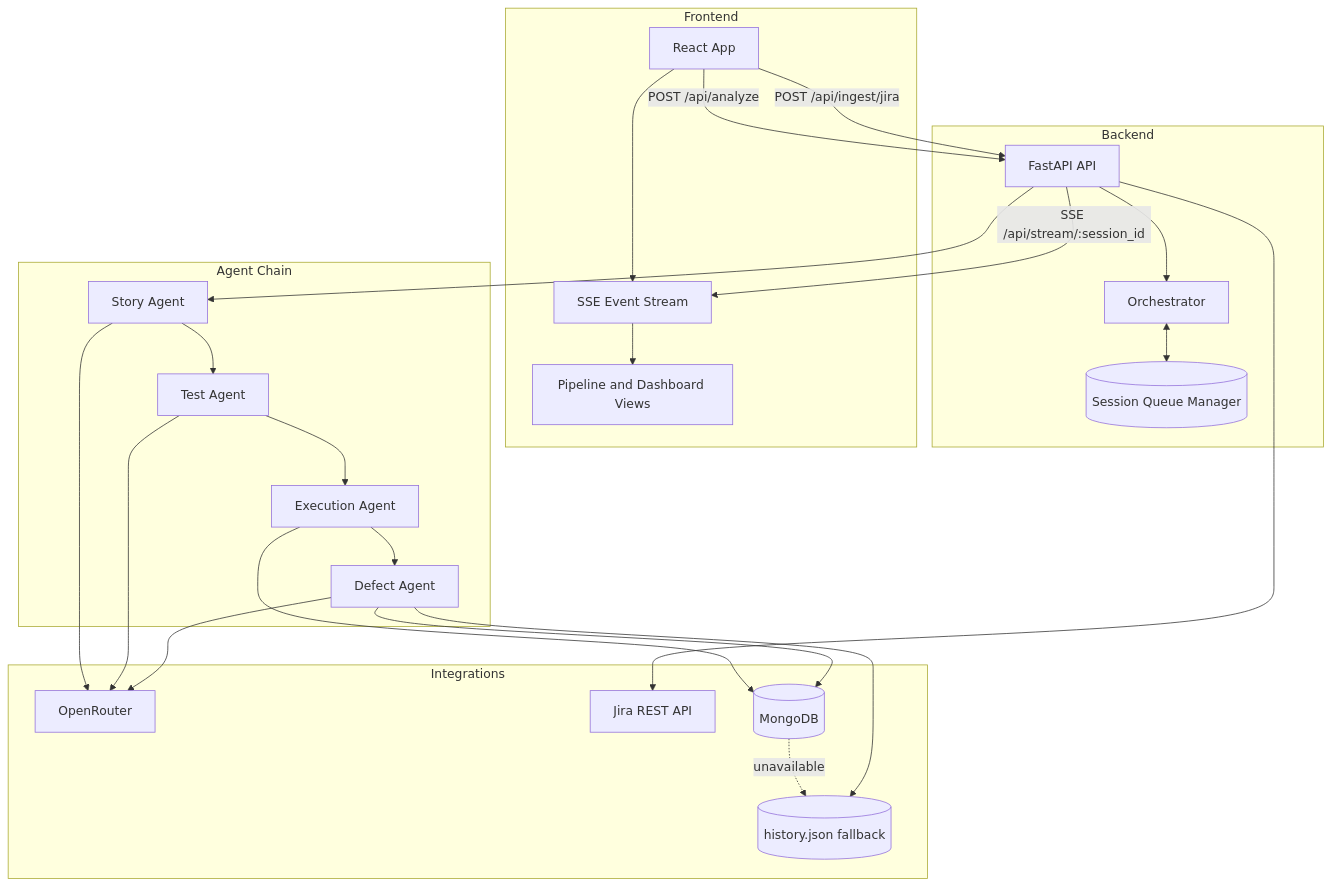
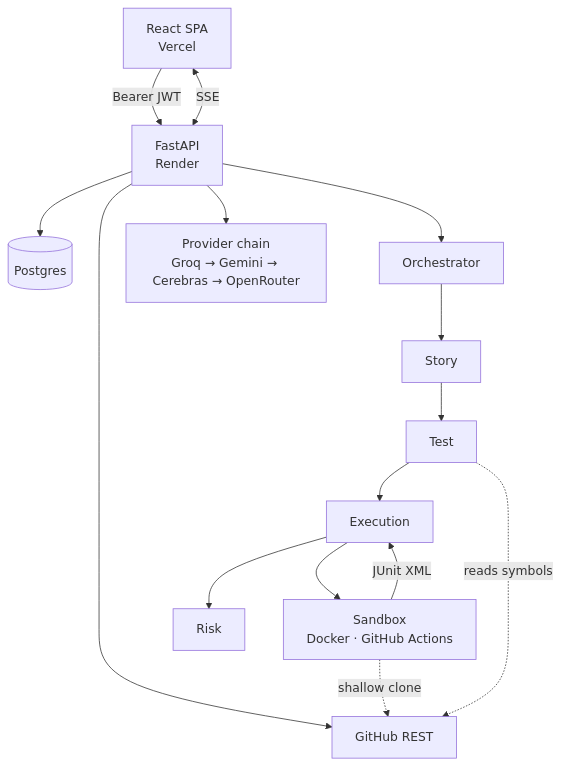
Before and after one commit to ishan1603/IronTest: the diagram in docs/architecture.md, drawn with Mermaid. The commit also changed other lines of this file and 20 other files, not shown here.

````diff
--- a/docs/architecture.md
+++ b/docs/architecture.md
@@ -14,45 +5,17 @@
 ```mermaid
 graph TD
-    subgraph Frontend
-        UI[React App]
-        STREAM[SSE Event Stream]
-        DASH[Pipeline and Dashboard Views]
-        UI --> STREAM --> DASH
-    end
+  UI[React SPA<br/>Vercel] -->|Bearer JWT| API[FastAPI<br/>Render]
+  UI <-->|SSE| API
 
-    subgraph Backend
-        API[FastAPI API]
-        ORCH[Orchestrator]
-        SESS[(Session Queue Manager)]
-        API --> ORCH
-        ORCH <--> SESS
-    end
+  API --> DB[(Postgres)]
+  API --> GH[GitHub REST]
+  API --> LLM[Provider chain<br/>Groq → Gemini → Cerebras → OpenRouter]
 
-    subgraph Agent Chain
-        STORY[Story Agent]
-        TEST[Test Agent]
-        EXEC[Execution Agent]
-        DEFECT[Defect Agent]
-        STORY --> TEST --> EXEC --> DEFECT
-    end
+  API --> ORCH[Orchestrator]
+  ORCH --> A1[Story] --> A2[Test] --> A3[Execution] --> A4[Risk]
 
-    subgraph Integrations
-        LLM[OpenRouter]
-        JIRA[Jira REST API]
-        MONGO[(MongoDB)]
-        JSON[(history.json fallback)]
-    end
-
-    UI -->|POST /api/analyze| API
-    UI -->|POST /api/ingest/jira| API
-    API --> STORY
-    STORY --> LLM
-    TEST --> LLM
-    DEFECT --> LLM
-    EXEC --> MONGO
-    MONGO -. unavailable .-> JSON
-    DEFECT --> MONGO
-    DEFECT --> JSON
-    API -->|SSE /api/stream/:session_id| STREAM
-    API --> JIRA
+  A2 -.reads symbols.-> GH
+  A3 --> SBX[Sandbox<br/>Docker · GitHub Actions]
+  SBX -.shallow clone.-> GH
+  SBX -->|JUnit XML| A3
 ```
````
